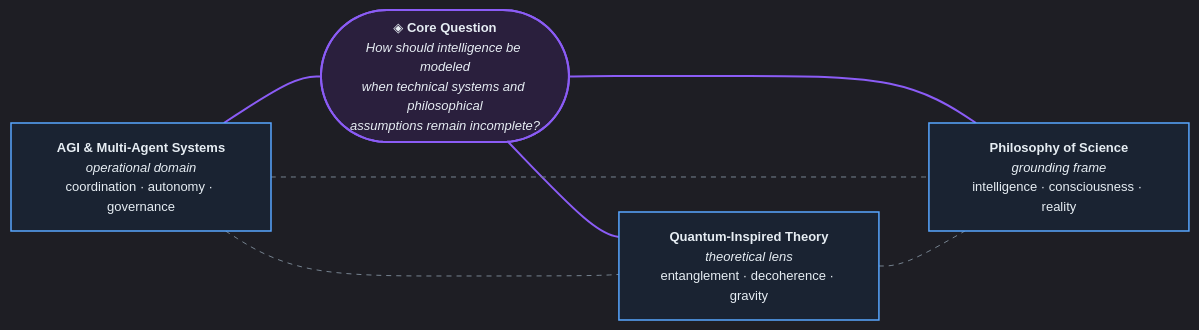
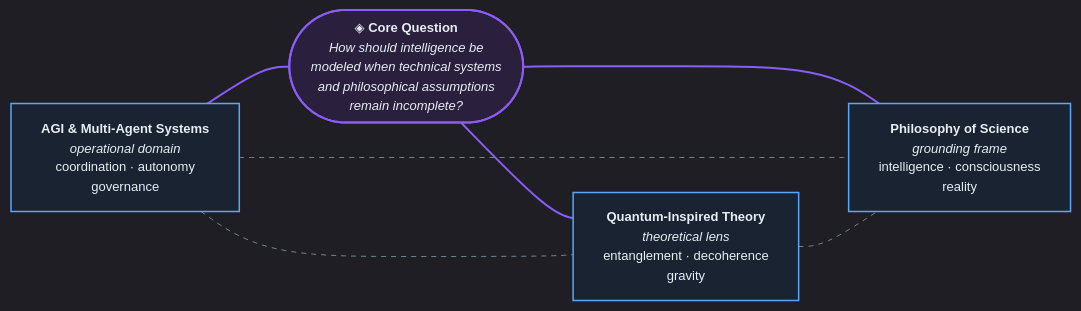
One commit to morozow/morozow changed the diagram in README.md. Above: the diagram before and after it, drawn with Mermaid.

Commit message:
Refactor mermaid flowchart for better readability

````diff
--- a/README.md
+++ b/README.md
@@ -20,24 +20,24 @@
 ```mermaid
 %%{init: {'theme': 'dark', 'themeVariables': { 'primaryColor': '#2d333b', 'primaryTextColor': '#e6edf3', 'primaryBorderColor': '#768390', 'lineColor': '#768390', 'secondaryColor': '#1c2128', 'tertiaryColor': '#1c2128', 'fontSize': '13px' }}}%%
 
 flowchart LR
-    A["<b>AGI &amp; Multi-Agent Systems</b><br/><i>operational domain</i><br/>coordination · autonomy · governance"]
-    Q(["◈ <b>Core Question</b><br/><i>How should intelligence be modeled<br/>when technical systems and philosophical<br/>assumptions remain incomplete?</i>"])
-    B["<b>Quantum-Inspired Theory</b><br/><i>theoretical lens</i><br/>entanglement · decoherence · gravity"]
-    C["<b>Philosophy of Science</b><br/><i>grounding frame</i><br/>intelligence · consciousness · reality"]
+    A["<b>AGI &amp; Multi-Agent Systems</b><br/><i>operational domain</i><br/>coordination · autonomy <br/> governance"]
+    Q(["◈ <b>Core Question</b><br/><i>How should intelligence be <br/> modeled when technical systems <br/> and philosophical assumptions <br/> remain incomplete?</i>"])
+    B["<b>Quantum-Inspired Theory</b><br/><i>theoretical lens</i><br/>entanglement · decoherence <br/> gravity"]
+    C["<b>Philosophy of Science</b><br/><i>grounding frame</i><br/>intelligence · consciousness <br/> reality"]
 
     A --- Q
     Q --- B
     Q --- C
     A -.- B
     A -.- C
     B -.- C
 
     style Q fill:#2a1f3d,stroke:#8b5cf6,stroke-width:2px,color:#e6edf3
     style A fill:#1a2332,stroke:#58a6ff,stroke-width:1.5px,color:#e6edf3
     style B fill:#1a2332,stroke:#58a6ff,stroke-width:1.5px,color:#e6edf3
     style C fill:#1a2332,stroke:#58a6ff,stroke-width:1.5px,color:#e6edf3
 
     linkStyle 0,1,2 stroke:#8b5cf6,stroke-width:2px
     linkStyle 3,4,5 stroke:#768390,stroke-width:1px,stroke-dasharray:5 5
 ```
````
